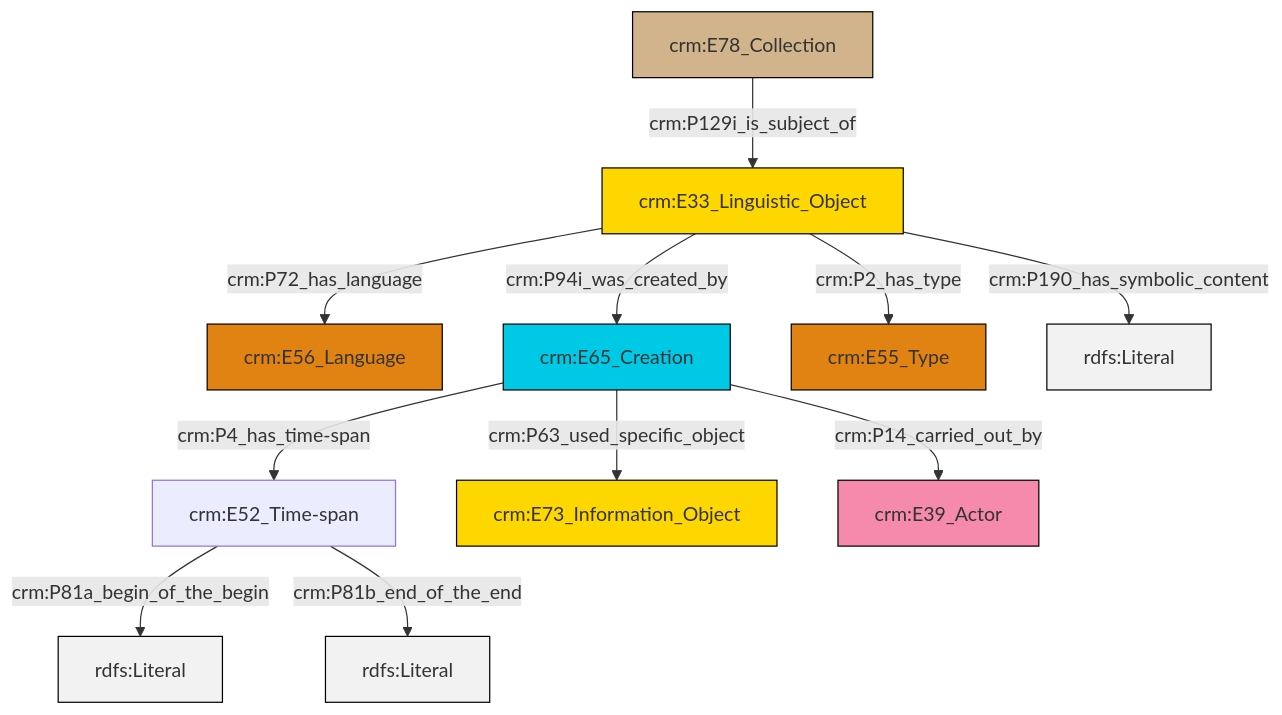
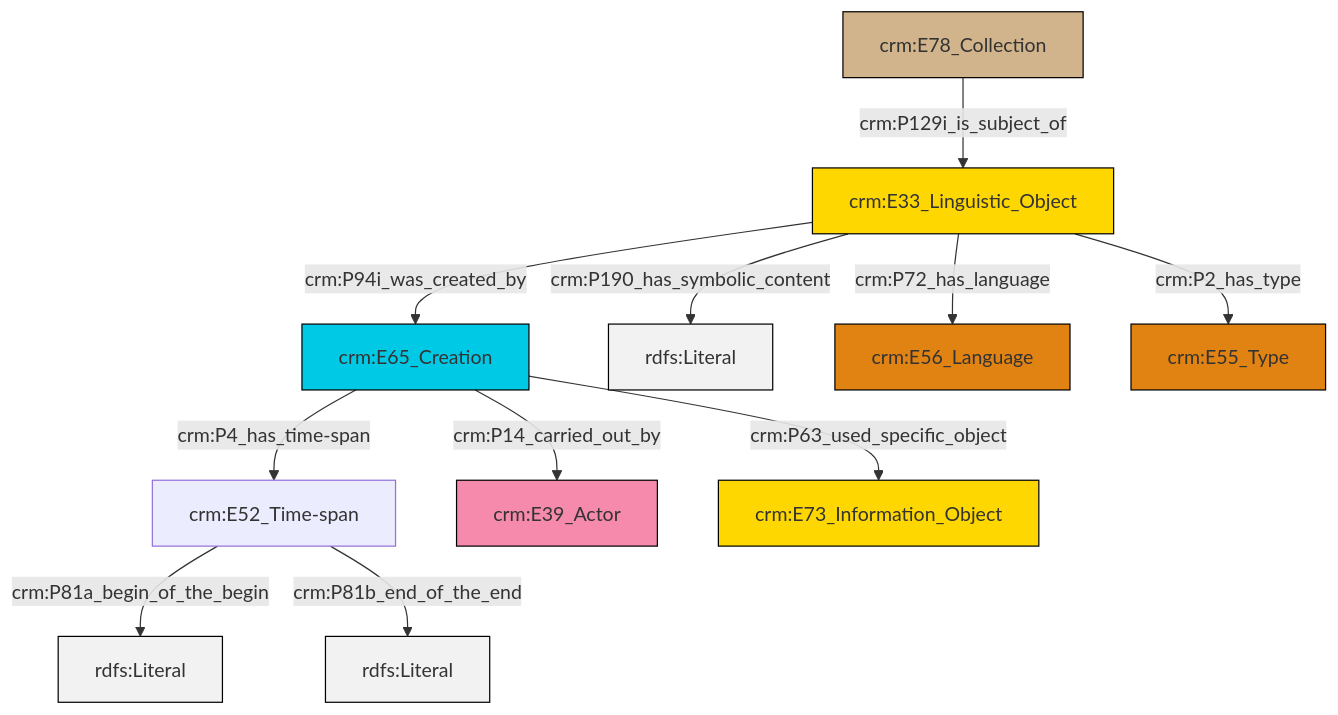
The diagram in et/archivalCSV/ttl/mmd/archival_desc.ttl.mmd (swiss-art-research-net/docs.swissartresearch), drawn with Mermaid before and after one commit. The commit also changed 180 other files, not shown here.

```diff
--- a/et/archivalCSV/ttl/mmd/archival_desc.ttl.mmd
+++ b/et/archivalCSV/ttl/mmd/archival_desc.ttl.mmd
@@ -1,25 +1,25 @@
 graph TD
 classDef Literal fill:#f2f2f2,stroke:#000000;
 classDef CRM_Entity fill:#FFFFFF,stroke:#000000;
 classDef Temporal_Entity fill:#00C9E6, stroke:#000000;
 classDef Type fill:#E18312, stroke:#000000;
 classDef Time-Span fill:#2C9C91, stroke:#000000;
 classDef Appellation fill:#FFEB7F, stroke:#000000;
 classDef Place fill:#008836, stroke:#000000;
 classDef Persistent_Item fill:#B266B2, stroke:#000000;
 classDef Conceptual_Object fill:#FFD700, stroke:#000000;
 classDef Physical_Thing fill:#D2B48C, stroke:#000000;
 classDef Actor fill:#f58aad, stroke:#000000;
 classDef PC_Classes fill:#4ce600, stroke:#000000;
 classDef Multi fill:#cccccc,stroke:#000000;
 
-0["crm:E33_Linguistic_Object"]:::Conceptual_Object -->|crm:P72_has_language| 1["crm:E56_Language"]:::Type
-2["crm:E65_Creation"]:::Temporal_Entity -->|crm:P4_has_time-span| 3["crm:E52_Time-span"]:::Default
-2["crm:E65_Creation"]:::Temporal_Entity -->|crm:P63_used_specific_object| 7["crm:E73_Information_Object"]:::Conceptual_Object
-3["crm:E52_Time-span"]:::Default -->|crm:P81a_begin_of_the_begin| 9[rdfs:Literal]:::Literal
-0["crm:E33_Linguistic_Object"]:::Conceptual_Object -->|crm:P94i_was_created_by| 2["crm:E65_Creation"]:::Temporal_Entity
-0["crm:E33_Linguistic_Object"]:::Conceptual_Object -->|crm:P2_has_type| 10["crm:E55_Type"]:::Type
-2["crm:E65_Creation"]:::Temporal_Entity -->|crm:P14_carried_out_by| 12["crm:E39_Actor"]:::Actor
-4["crm:E78_Collection"]:::Physical_Thing -->|crm:P129i_is_subject_of| 0["crm:E33_Linguistic_Object"]:::Conceptual_Object
-3["crm:E52_Time-span"]:::Default -->|crm:P81b_end_of_the_end| 14[rdfs:Literal]:::Literal
-0["crm:E33_Linguistic_Object"]:::Conceptual_Object -->|crm:P190_has_symbolic_content| 16[rdfs:Literal]:::Literal
+0["crm:E65_Creation"]:::Temporal_Entity -->|crm:P4_has_time-span| 1["crm:E52_Time-span"]:::Default
+1["crm:E52_Time-span"]:::Default -->|crm:P81a_begin_of_the_begin| 2[rdfs:Literal]:::Literal
+1["crm:E52_Time-span"]:::Default -->|crm:P81b_end_of_the_end| 3[rdfs:Literal]:::Literal
+0["crm:E65_Creation"]:::Temporal_Entity -->|crm:P14_carried_out_by| 5["crm:E39_Actor"]:::Actor
+7["crm:E33_Linguistic_Object"]:::Conceptual_Object -->|crm:P94i_was_created_by| 0["crm:E65_Creation"]:::Temporal_Entity
+8["crm:E78_Collection"]:::Physical_Thing -->|crm:P129i_is_subject_of| 7["crm:E33_Linguistic_Object"]:::Conceptual_Object
+7["crm:E33_Linguistic_Object"]:::Conceptual_Object -->|crm:P190_has_symbolic_content| 13[rdfs:Literal]:::Literal
+0["crm:E65_Creation"]:::Temporal_Entity -->|crm:P63_used_specific_object| 11["crm:E73_Information_Object"]:::Conceptual_Object
+7["crm:E33_Linguistic_Object"]:::Conceptual_Object -->|crm:P72_has_language| 15["crm:E56_Language"]:::Type
+7["crm:E33_Linguistic_Object"]:::Conceptual_Object -->|crm:P2_has_type| 17["crm:E55_Type"]:::Type
```
